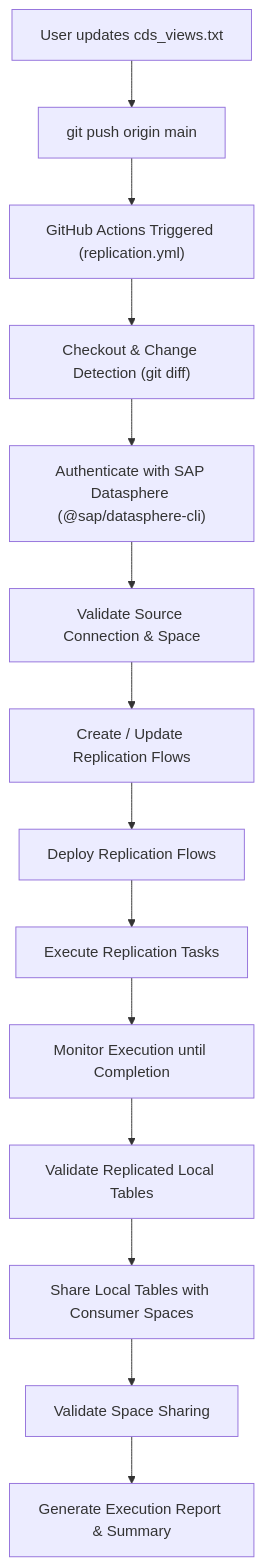
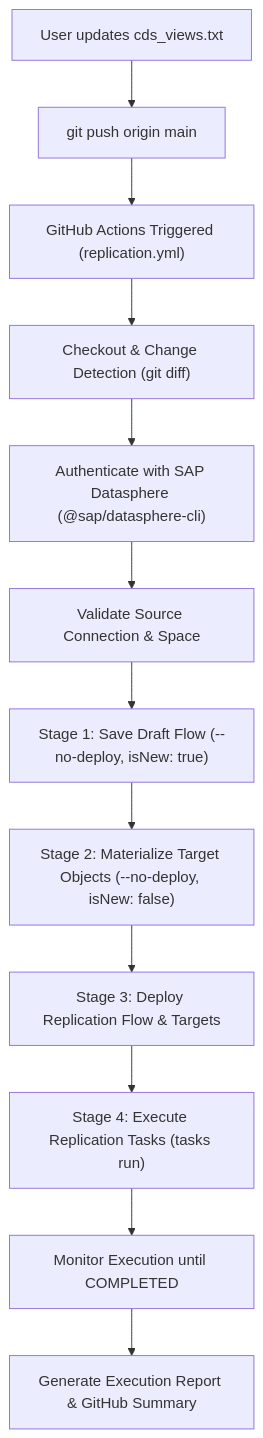
Before and after one commit to abtvenkat/GitDS-RF: the diagram in README.md, drawn with Mermaid. The commit also changed other lines of this file and 2 other files, not shown here.

````diff
--- a/README.md
+++ b/README.md
@@ -9,16 +9,14 @@
 ```mermaid
 flowchart TD
     A["User updates cds_views.txt"] --> B["git push origin main"]
     B --> C["GitHub Actions Triggered (replication.yml)"]
     C --> D["Checkout & Change Detection (git diff)"]
     D --> E["Authenticate with SAP Datasphere (@sap/datasphere-cli)"]
     E --> F["Validate Source Connection & Space"]
-    F --> G["Create / Update Replication Flows"]
-    G --> H["Deploy Replication Flows"]
-    H --> I["Execute Replication Tasks"]
-    I --> J["Monitor Execution until Completion"]
-    J --> K["Validate Replicated Local Tables"]
-    K --> L["Share Local Tables with Consumer Spaces"]
-    L --> M["Validate Space Sharing"]
-    M --> N["Generate Execution Report & Summary"]
+    F --> G["Stage 1: Save Draft Flow (--no-deploy, isNew: true)"]
+    G --> H["Stage 2: Materialize Target Objects (--no-deploy, isNew: false)"]
+    H --> I["Stage 3: Deploy Replication Flow & Targets"]
+    I --> J["Stage 4: Execute Replication Tasks (tasks run)"]
+    J --> K["Monitor Execution until COMPLETED"]
+    K --> L["Generate Execution Report & GitHub Summary"]
 ```
````
